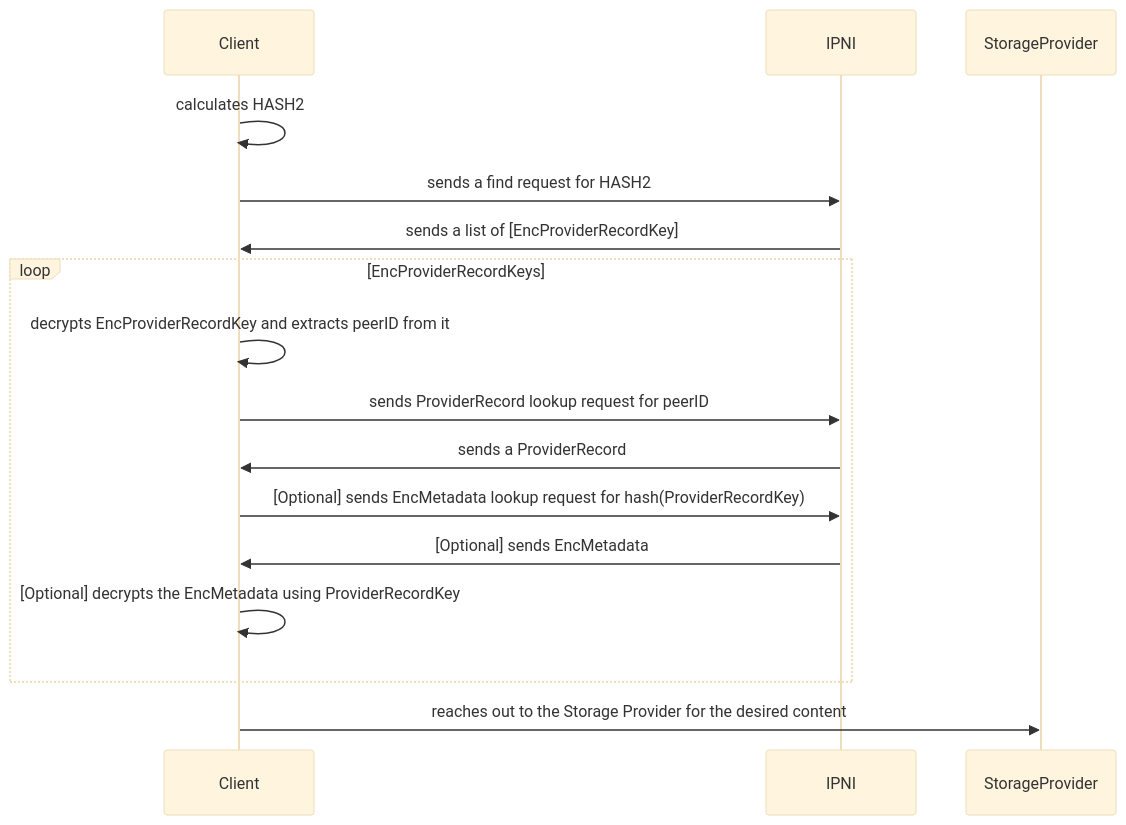
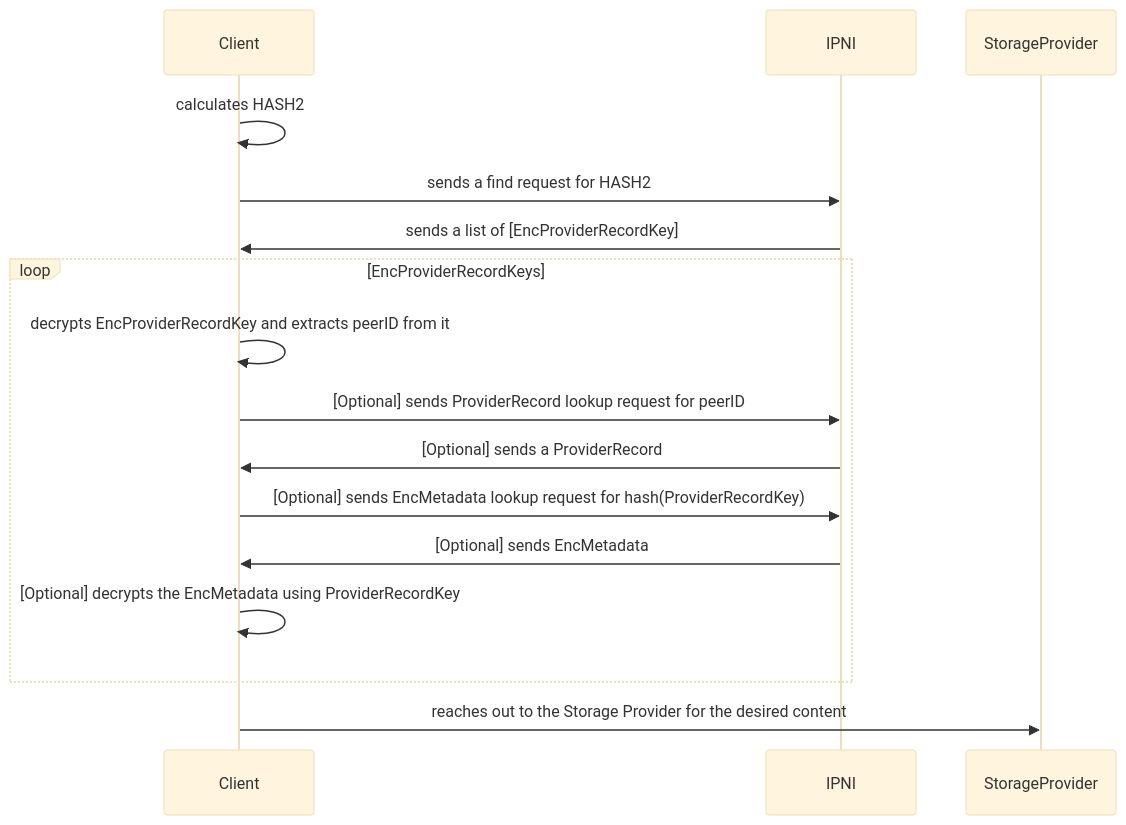
One commit to ipni/specs changed the diagram in reader-privacy.md. Above: the diagram before and after it, drawn with Mermaid (base theme). The commit also changed other lines of this file, not shown here.

````diff
--- a/reader-privacy.md
+++ b/reader-privacy.md
@@ -142,18 +143,18 @@
 ```mermaid
 sequenceDiagram
     participant Client
     participant IPNI
     participant StorageProvider
     Client->>Client: calculates HASH2
     Client->>IPNI: sends a find request for HASH2
     IPNI->>Client: sends a list of [EncProviderRecordKey]
     loop EncProviderRecordKeys
         Client->>Client: decrypts EncProviderRecordKey and extracts peerID from it
-        Client->>IPNI: sends ProviderRecord lookup request for peerID
-        IPNI->>Client: sends a ProviderRecord
+        Client->>IPNI: [Optional] sends ProviderRecord lookup request for peerID
+        IPNI->>Client: [Optional] sends a ProviderRecord
         Client->>IPNI: [Optional] sends EncMetadata lookup request for hash(ProviderRecordKey) 
         IPNI->>Client: [Optional] sends EncMetadata
         Client->>Client: [Optional] decrypts the EncMetadata using ProviderRecordKey
     end
     Client->>StorageProvider: reaches out to the Storage Provider for the desired content
 ```
````
